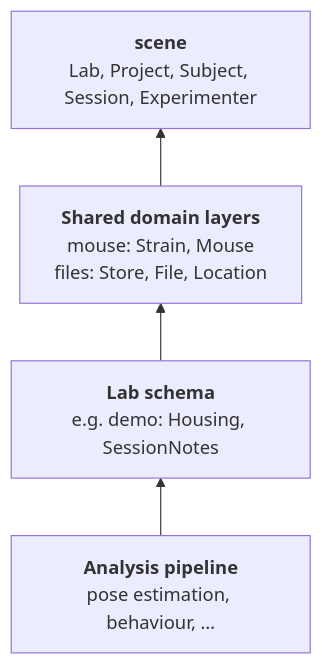
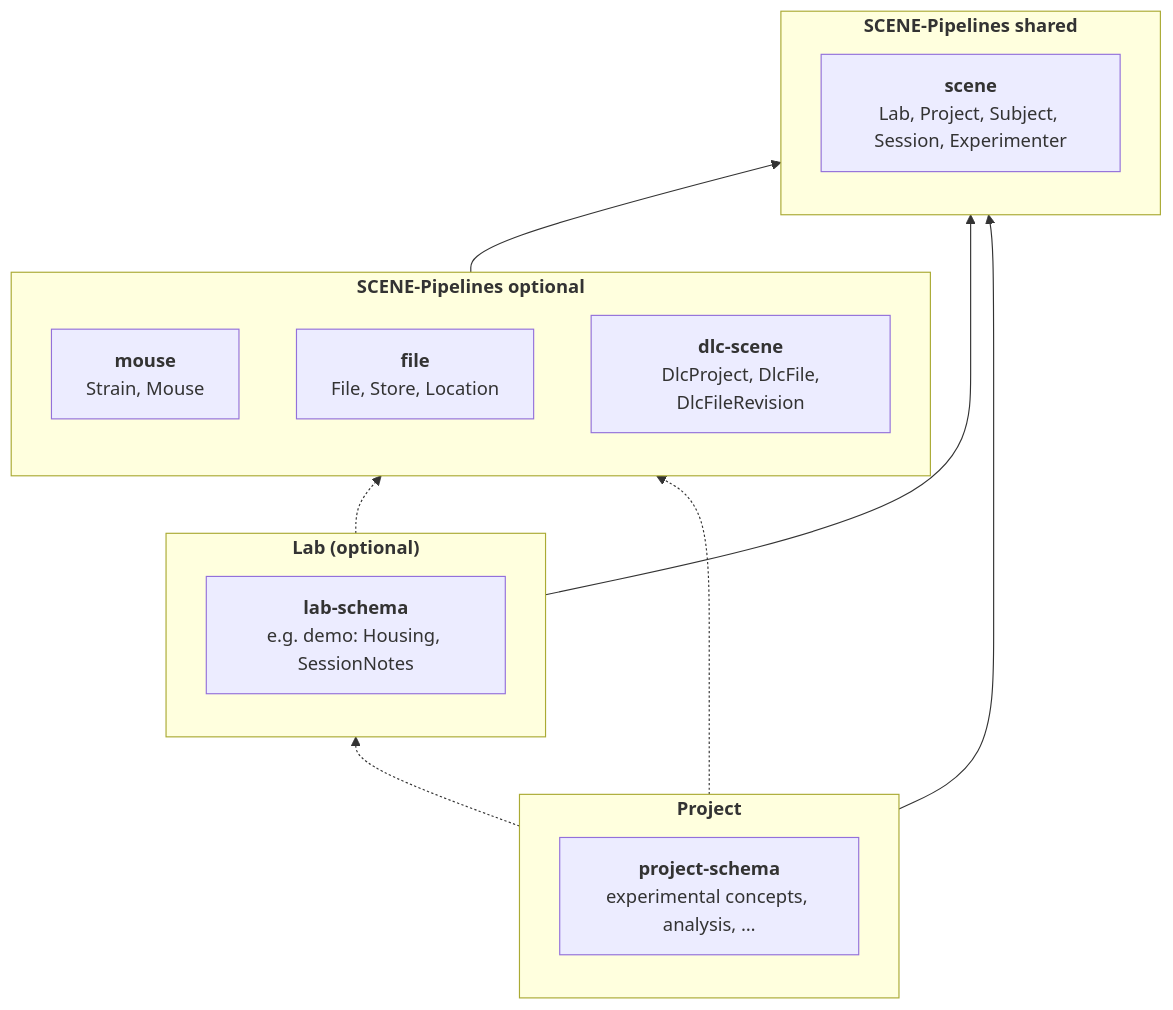
Before and after one commit to SCENE-Collaboration/SCENE-pipelines: the diagram in docs/introduction.md, drawn with Mermaid. The commit also changed other lines of this file, not shown here.

````diff
--- a/docs/introduction.md
+++ b/docs/introduction.md
@@ -19,8 +18,24 @@
 ```mermaid
 flowchart BT
-    pipeline["<b>Analysis pipeline</b><br/>pose estimation, behaviour, …"]
-    lab["<b>Lab schema</b><br/>e.g. demo: Housing, SessionNotes"]
-    domain["<b>Shared domain layers</b><br/>mouse: Strain, Mouse<br/>files: Store, File, Location"]
-    scene["<b>scene</b><br/>Lab, Project, Subject, Session, Experimenter"]
-    pipeline --> lab --> domain --> scene
+
+    subgraph lab["<b>Lab (optional)</b>"]
+      labschema["<b>lab-schema</b><br/>e.g. demo: Housing, SessionNotes"]
+    end
+    subgraph project["<b>Project</b>"]
+      projectschema["<b>project-schema</b><br/>experimental concepts, analysis, …"]
+    end
+    subgraph core["<b>SCENE-Pipelines shared</b>"]
+      scene["<b>scene</b><br/>Lab, Project, Subject, Session, Experimenter"]
+    end
+    subgraph shared["<b>SCENE-Pipelines optional</b>"]
+      mouse["<b>mouse</b><br/>Strain, Mouse"]
+      file["<b>file</b><br/> File, Store, Location"]
+      deeplabcut["<b>dlc-scene</b><br/> DlcProject, DlcFile, DlcFileRevision"]
+    end
+    shared --> core
+    lab -.-> shared
+    lab --> core
+    project -.-> lab
+    project -.-> shared
+    project --> core
 ```
````
